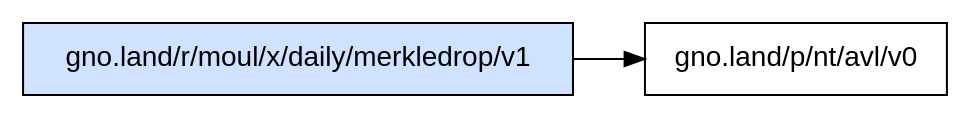
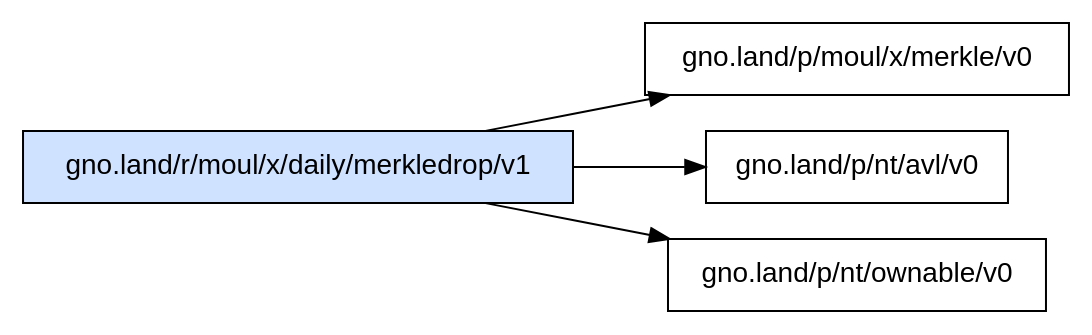
The diagram in _assets/gno.land/r/moul/x/daily/merkledrop/v1/deps.dot (moul/gno-contracts), drawn with Graphviz before and after one commit. The commit also changed 23 other files, not shown here.

Commit message:
chore: regenerate catalog, graphs and on-chain status [skip ci]

```diff
--- a/_assets/gno.land/r/moul/x/daily/merkledrop/v1/deps.dot
+++ b/_assets/gno.land/r/moul/x/daily/merkledrop/v1/deps.dot
@@ -1,6 +1,8 @@
 digraph deps {
   rankdir=LR;
   node [shape=box, fontname="sans-serif"];
   "gno.land/r/moul/x/daily/merkledrop/v1" [style=filled, fillcolor="#cfe2ff"];
+  "gno.land/r/moul/x/daily/merkledrop/v1" -> "gno.land/p/moul/x/merkle/v0";
   "gno.land/r/moul/x/daily/merkledrop/v1" -> "gno.land/p/nt/avl/v0";
+  "gno.land/r/moul/x/daily/merkledrop/v1" -> "gno.land/p/nt/ownable/v0";
 }
```
